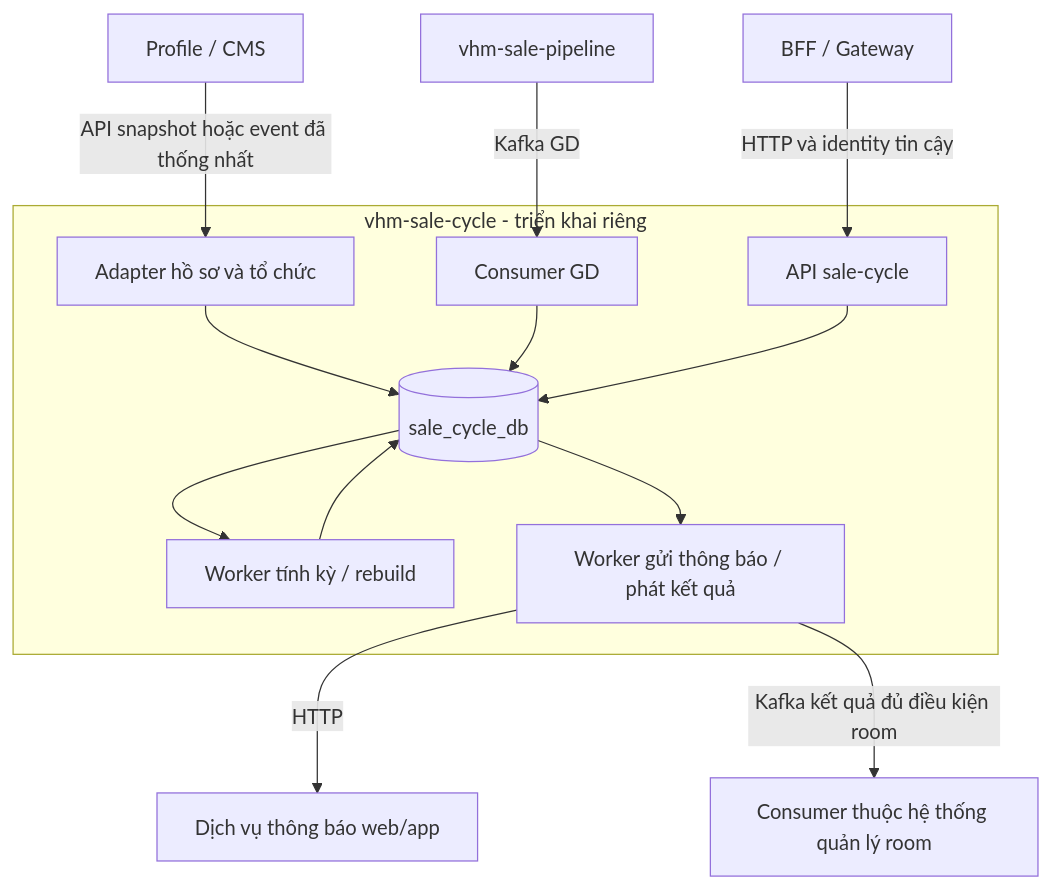
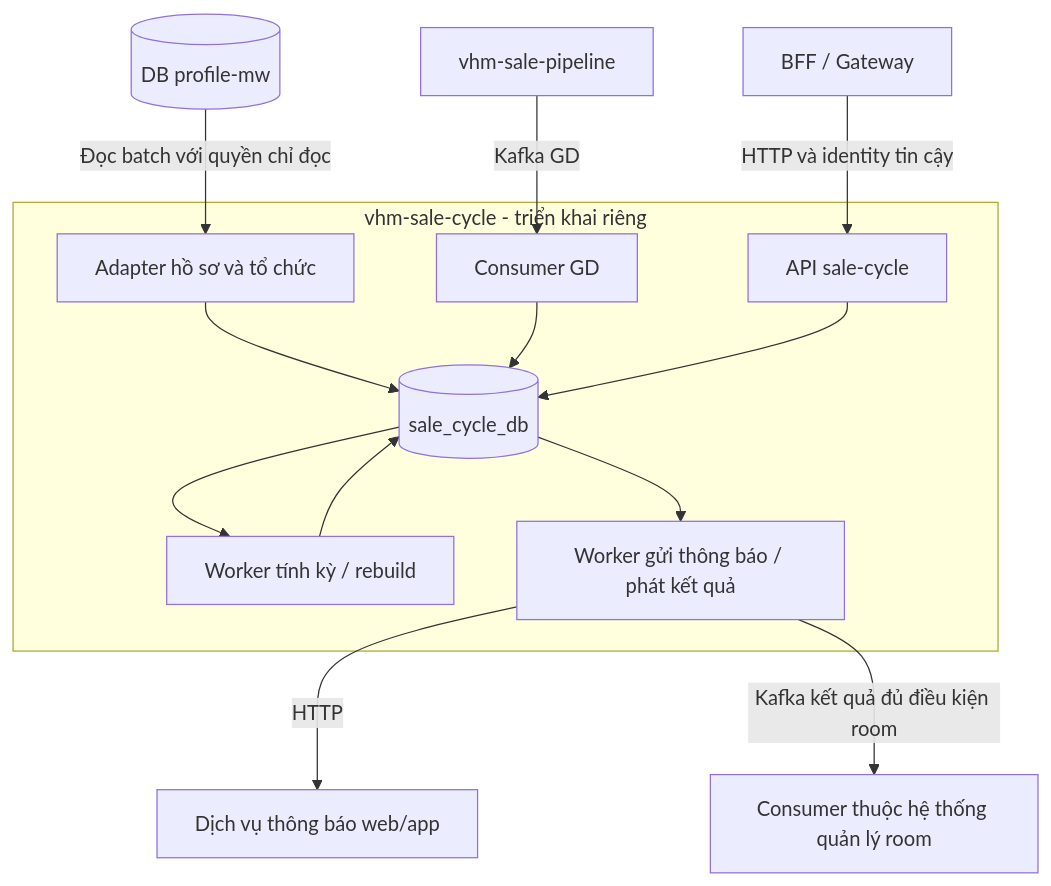
One commit to huynv-xyz/vhm changed the first of 2 diagrams in BDSKD-9533-thiet-ke-ky-thuat.md. Above: the diagram before and after it, drawn with Mermaid. The commit also changed other lines of this file, not shown here.

````diff
--- a/BDSKD-9533-thiet-ke-ky-thuat.md
+++ b/BDSKD-9533-thiet-ke-ky-thuat.md
@@ -13,16 +15,16 @@
 ```mermaid
 flowchart TD
-  Profile[Profile / CMS] -->|API snapshot hoặc event đã thống nhất| Adapter[Adapter hồ sơ và tổ chức]
+  Profile[(DB profile-mw)] -->|Đọc batch với quyền chỉ đọc| Adapter[Adapter hồ sơ và tổ chức]
   Pipeline[vhm-sale-pipeline] -->|Kafka GD| Consumer[Consumer GD]
   BFF[BFF / Gateway] -->|HTTP và identity tin cậy| API[API sale-cycle]
   subgraph Independent[vhm-sale-cycle - triển khai riêng]
     Adapter --> DB[(sale_cycle_db)]
     Consumer --> DB
     API --> DB
     DB --> Engine[Worker tính kỳ / rebuild]
     Engine --> DB
     DB --> Sender[Worker gửi thông báo / phát kết quả]
   end
   Sender -->|HTTP| Notify[Dịch vụ thông báo web/app]
   Sender -->|Kafka kết quả đủ điều kiện room| Result[Consumer thuộc hệ thống quản lý room]
 ```
````
